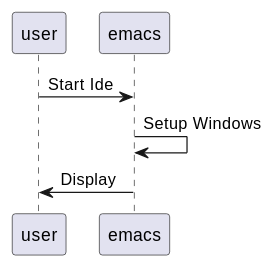
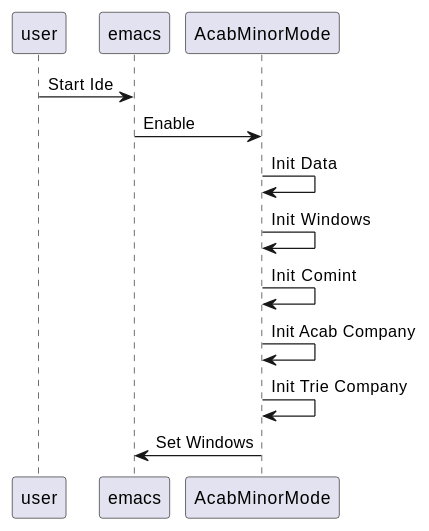
Before and after one commit to jgrey4296/misc_config: the first of 2 diagrams in modules/domain-specific/acab-ide/design.org, drawn with PlantUML. The commit also changed other lines of this file, not shown here.

```diff
--- a/modules/domain-specific/acab-ide/design.org
+++ b/modules/domain-specific/acab-ide/design.org
@@ -3,5 +3,10 @@
 #+begin_src plantuml :results value verbatim :preview t
 user -> emacs : Start Ide
-emacs -> emacs : Setup Windows
-emacs -> user : Display
+emacs -> AcabMinorMode : Enable
+AcabMinorMode -> AcabMinorMode : Init Data
+AcabMinorMode -> AcabMinorMode : Init Windows
+AcabMinorMode -> AcabMinorMode : Init Comint
+AcabMinorMode -> AcabMinorMode : Init Acab Company
+AcabMinorMode -> AcabMinorMode : Init Trie Company
+AcabMinorMode -> emacs : Set Windows
 #+end_src
```
